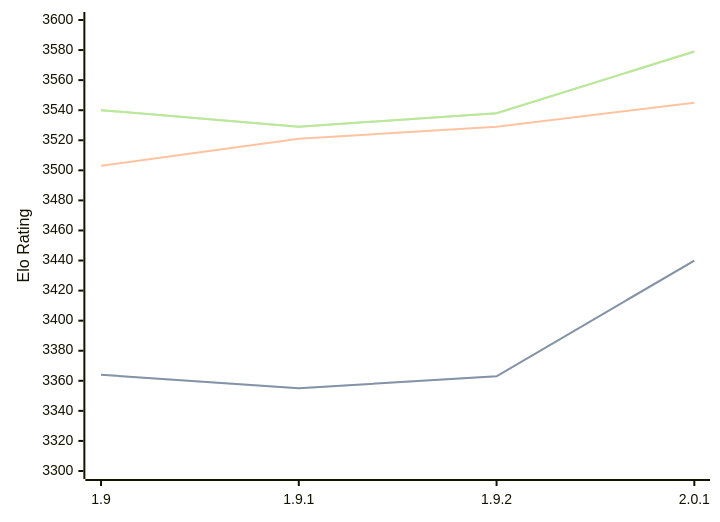
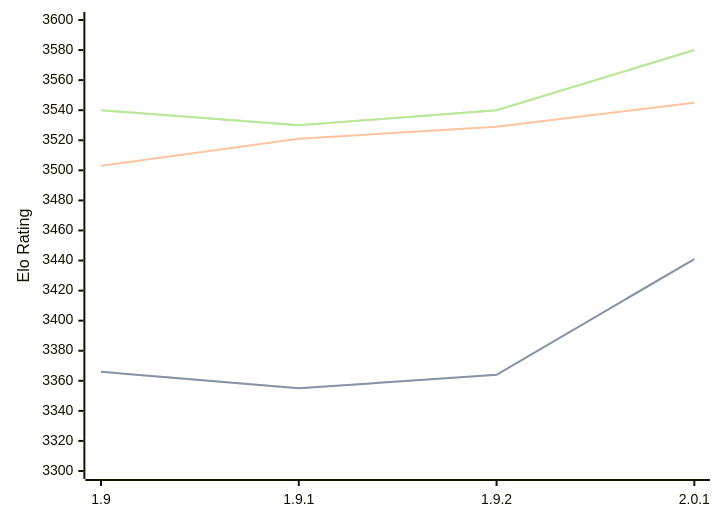
The diagram in engines/Pawnocchio.md (computer-chess-index/cci), drawn with Mermaid before and after one commit. The commit also changed other lines of this file, not shown here.

Commit message:
Update CCI Ratings (ELO VLTC) - 2026-07-29

````diff
--- a/engines/Pawnocchio.md
+++ b/engines/Pawnocchio.md
@@ -50,11 +50,11 @@
 ```mermaid
 %%{init: {"theme":"base","themeVariables":{"seriesColors:['#a3a3a3','#222221','#faa371']}}}%%
 xychart-beta
   x-axis ["1.9", "1.9.1", "1.9.2", "2.0.1"]
   y-axis "Elo Rating" 3300 --> 3600
-  line "STC (8.0+0.08s)" [3364, 3355, 3363, 3440]
-  line "STC (8.0+0.08s)" [3364, 3355, 3363, 3440]
+  line "STC (8.0+0.08s)" [3366, 3355, 3364, 3441]
+  line "STC (8.0+0.08s)" [3366, 3355, 3364, 3441]
   line "LTC (60.0+0.60s)" [3503, 3521, 3529, 3545]
-  line "VLTC (2m24s+1.12s)" [3540, 3529, 3538, 3579]
-  line "VLTC (2m24s+1.12s)" [3540, 3529, 3538, 3579]
+  line "VLTC (2m24s+1.12s)" [3540, 3530, 3540, 3580]
+  line "VLTC (2m24s+1.12s)" [3540, 3530, 3540, 3580]
 ```
````
